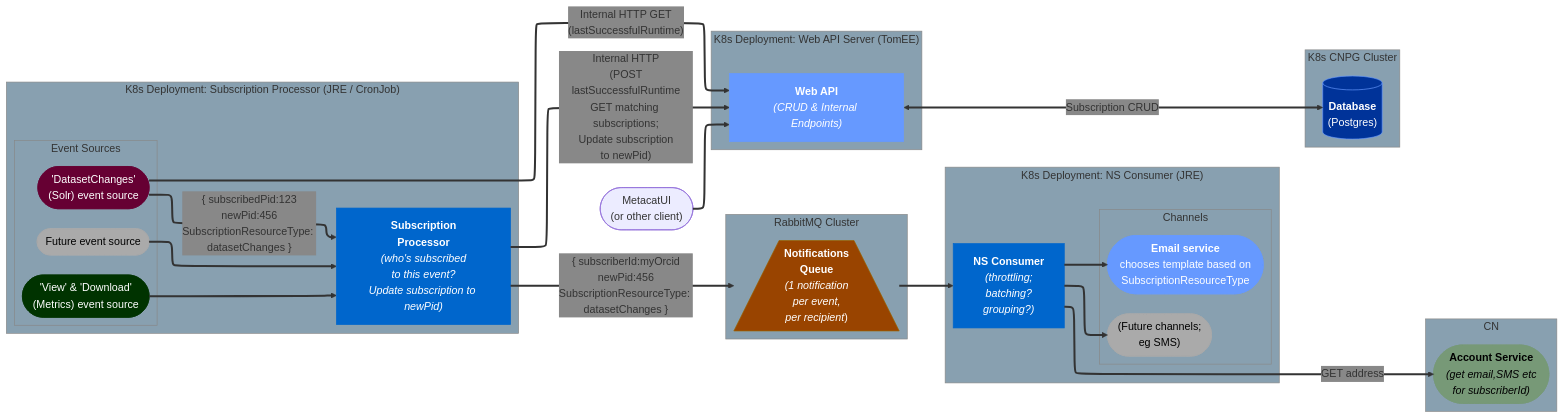
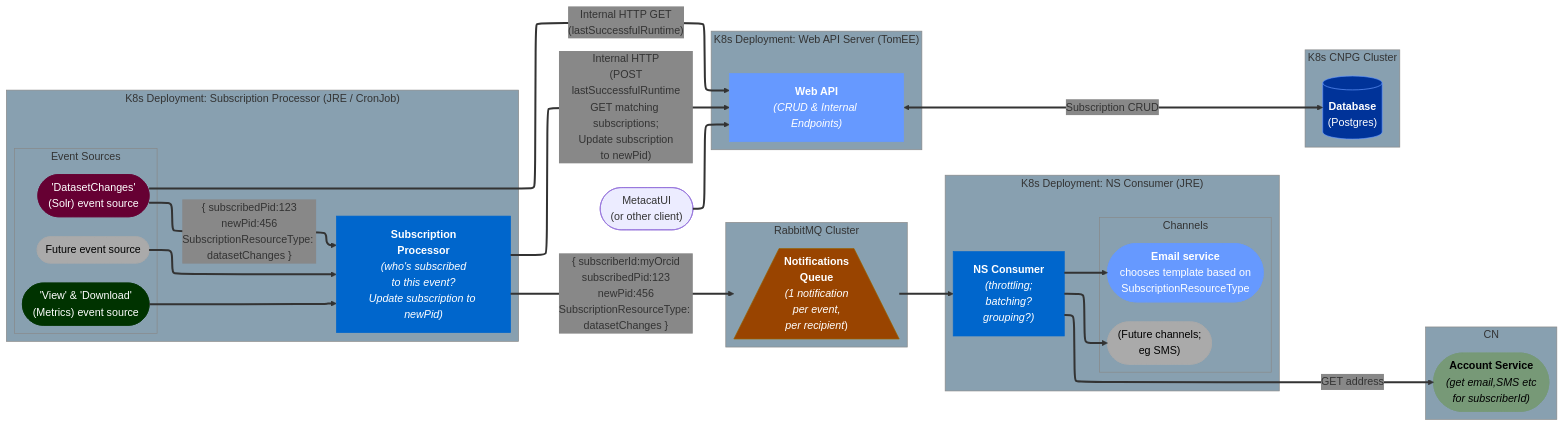
Before and after one commit to DataONEorg/notification-service: the diagram in docs/architecture.mmd, drawn with Mermaid.

Commit message:
add original pid to payload

```diff
--- a/docs/architecture.mmd
+++ b/docs/architecture.mmd
@@ -1,67 +1,67 @@
 ---
 config:
   layout: "elk"
   themeVariables:
     clusterBorder: "#888888"
     clusterBkg: "#88a0b0"
     edgeLabelBackground: "#888888"
 ---
 flowchart LR
         subgraph RabbitMQ Cluster
             Q["<b>Notifications<br/>Queue</b><br/><em>(1 notification<br/>per event,<br/>per recipient</em>)"]@{ shape: trapezoid-bottom }
         end
 
         subgraph "CN"
             account-svc(["<b>Account Service</b><br/><em>(get email,SMS etc<br/>for subscriberId)</em>"])
         end
 
         subgraph K8s CNPG Cluster
             DB["<b>Database</b><br/>(Postgres)"]@{ shape: cylinder }
         end
 
         subgraph "K8s Deployment: Web API Server (TomEE)"
             web-api["<b>Web API</b><br/><em>(CRUD & Internal Endpoints)</em>"]
         end
 
         subgraph "K8s Deployment: Subscription Processor (JRE / CronJob)"
             subgraph "Event Sources"
                 ds-src(["'DatasetChanges'<br/>(Solr) event source"])
                 mtrx-src(["'View' & 'Download'<br/>(Metrics) event source"])
                 fut-src(["Future event source"])
             end
             subs-proc["<b>Subscription<br/>Processor</b><br/><em>(who's subscribed<br/>to this event?<br/>Update subscription to newPid)</em>"]
         end
 
         subgraph "K8s Deployment: NS Consumer (JRE)"
             consumer["<b>NS Consumer</b><br/><em>(throttling;<br/>batching?<br/>grouping?)</em>"]
             subgraph Channels
                 email-svc(["<b>Email service</b><br/>chooses template based on<br/>SubscriptionResourceType"])
                 fut-channel(["(Future channels;<br/>eg SMS)"])
             end
         end
 
         metacatui(["MetacatUI<br/>(or other client)"]) --> web-api
-        subs-proc -- "{ subscriberId:myOrcid<br/>newPid:456<br/>SubscriptionResourceType: datasetChanges }" --> Q
+        subs-proc -- "{ subscriberId:myOrcid<br/>subscribedPid:123<br/>newPid:456<br/>SubscriptionResourceType: datasetChanges }" --> Q
         consumer -- "GET address" --> account-svc
         Q --> consumer
         consumer --> fut-channel
         consumer --> email-svc
         ds-src -- "{ subscribedPid:123<br/>newPid:456<br/>SubscriptionResourceType: datasetChanges }" --> subs-proc
         mtrx-src --> subs-proc
         fut-src --> subs-proc
         ds-src -- "Internal HTTP GET<br/>(lastSuccessfulRuntime)" --> web-api
         subs-proc -- "Internal HTTP<br/>(POST<br/>lastSuccessfulRuntime<br/>GET matching subscriptions;<br/>Update subscription<br/>to newPid)" --> web-api
         web-api <-- Subscription CRUD --> DB
 
     linkStyle default stroke-width:3px,color:#000000,font-style:italic
     style ds-src color:#FFFFFF, stroke:#660033, fill:#660033
     style mtrx-src color:#FFFFFF, stroke:#003300, fill:#003300
     style subs-proc color:#FFFFFF, stroke:#0066CC, fill:#0066CC
     style Q color:#FFFFFF, stroke:#996600, fill:#994400
     style consumer color:#FFFFFF, stroke:#0066CC, fill:#0066CC
     style email-svc color:#FFFFFF, stroke:#6699FF, fill:#6699FF
     style web-api color:#FFFFFF, stroke:#6699FF, fill:#6699FF
     style fut-channel color:#000000, stroke:#aaaaaa, fill:#aaaaaa
     style fut-src color:#000000, stroke:#aaaaaa, fill:#aaaaaa
     style DB color:#FFFFFF, stroke:#6699FF, fill:#003399
     style account-svc color:#000000, stroke:#779977, fill:#779977
```
